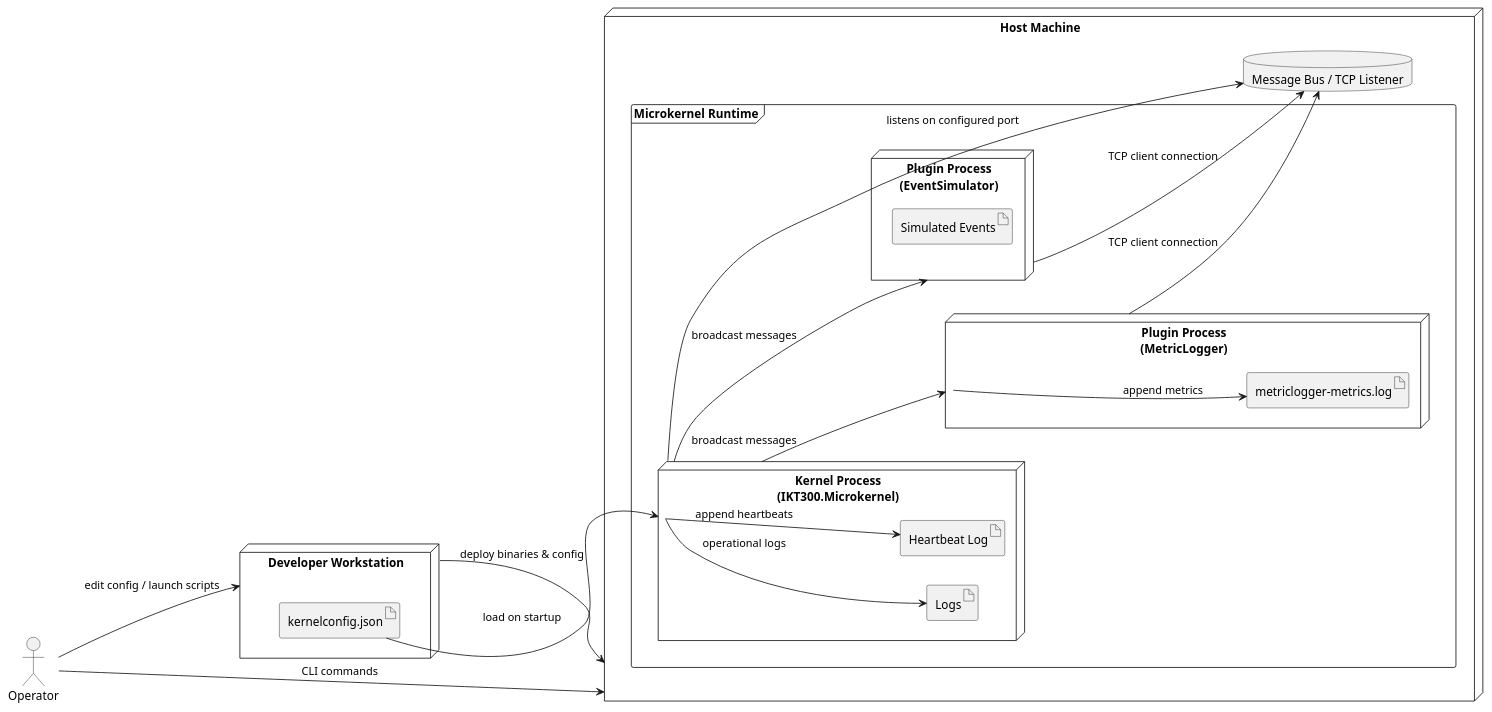
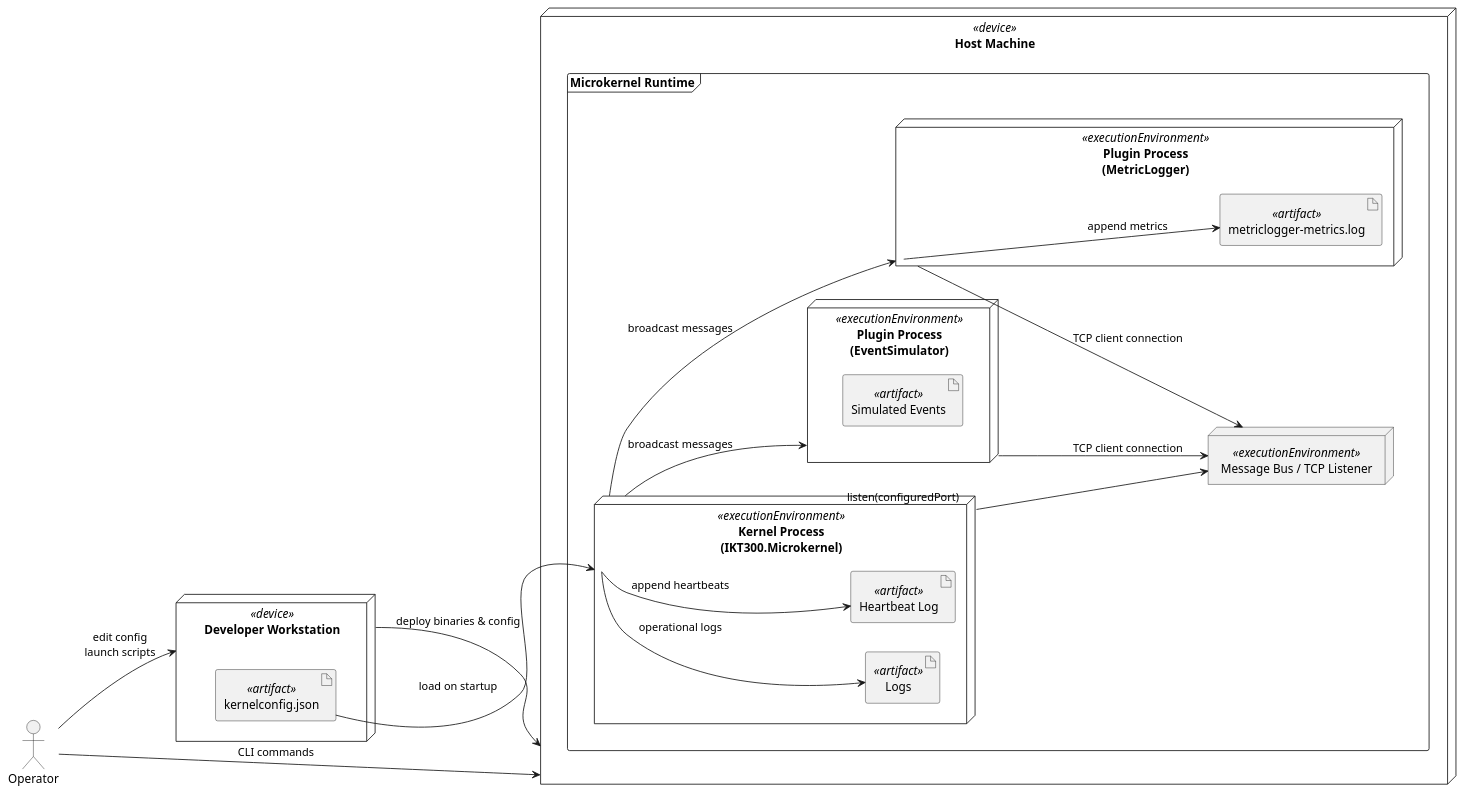
The diagram in architecture-deployment.puml (DBerkey/IKT300_microkernel), drawn with PlantUML before and after one commit.

Commit message:
small deployment update

```diff
--- a/architecture-deployment.puml
+++ b/architecture-deployment.puml
@@ -1,47 +2,46 @@
 @startuml IKT300_Deployment
 skinparam shadowing false
 skinparam nodeMargin 15
 skinparam packageStyle rectangle
 left to right direction
 
 actor Operator
 
-node "Developer Workstation" as Workstation {
-    artifact "kernelconfig.json" as ConfigFile
+node "Developer Workstation" <<device>> as Workstation {
+  artifact "kernelconfig.json" <<artifact>> as ConfigFile
 }
 
-node "Host Machine" as Host {
-    frame "Microkernel Runtime" {
-        node "Kernel Process\n(IKT300.Microkernel)" as KernelProc {
-            artifact "Logs" as KernelLogs
-            artifact "Heartbeat Log" as HeartbeatLog
-        }
-
-        node "Plugin Process\n(EventSimulator)" as EventSimProc {
-            artifact "Simulated Events"
-        }
-
-        node "Plugin Process\n(MetricLogger)" as MetricLoggerProc {
-            artifact "metriclogger-metrics.log" as MetricsLog
-        }
+node "Host Machine" <<device>> as Host {
+  frame "Microkernel Runtime" {
+    node "Kernel Process\n(IKT300.Microkernel)" <<executionEnvironment>> as KernelProc {
+      artifact "Logs" <<artifact>> as KernelLogs
+      artifact "Heartbeat Log" <<artifact>> as HeartbeatLog
     }
 
-    database "Message Bus / TCP Listener" as Transport
+    node "Plugin Process\n(EventSimulator)" <<executionEnvironment>> as EventSimProc {
+      artifact "Simulated Events" <<artifact>> as SimEvents
+    }
+
+    node "Plugin Process\n(MetricLogger)" <<executionEnvironment>> as MetricLoggerProc {
+      artifact "metriclogger-metrics.log" <<artifact>> as MetricsLog
+    }
+
+    node "Message Bus / TCP Listener" <<executionEnvironment>> as Transport
+  }
 }
 
-
-Operator --> Workstation : edit config / launch scripts
+Operator --> Workstation : edit config\nlaunch scripts
 Workstation --> Host : deploy binaries & config
 Operator --> Host : CLI commands
 
 ConfigFile --> KernelProc : load on startup
-KernelProc --> Transport : listens on configured port
+KernelProc --> Transport : listen(configuredPort)
 EventSimProc --> Transport : TCP client connection
 KernelProc --> EventSimProc : broadcast messages
 MetricLoggerProc --> Transport : TCP client connection
 KernelProc --> MetricLoggerProc : broadcast messages
 MetricLoggerProc --> MetricsLog : append metrics
 KernelProc --> HeartbeatLog : append heartbeats
 KernelProc --> KernelLogs : operational logs
 
 @enduml
```
